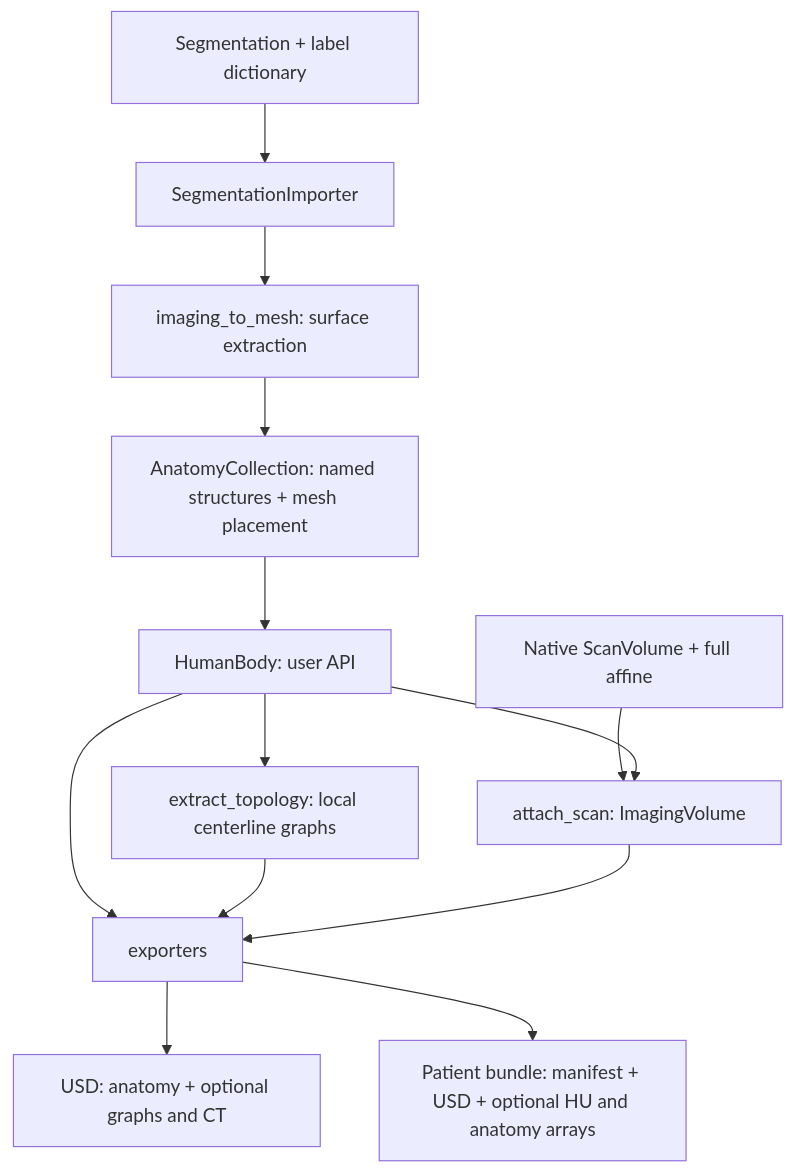
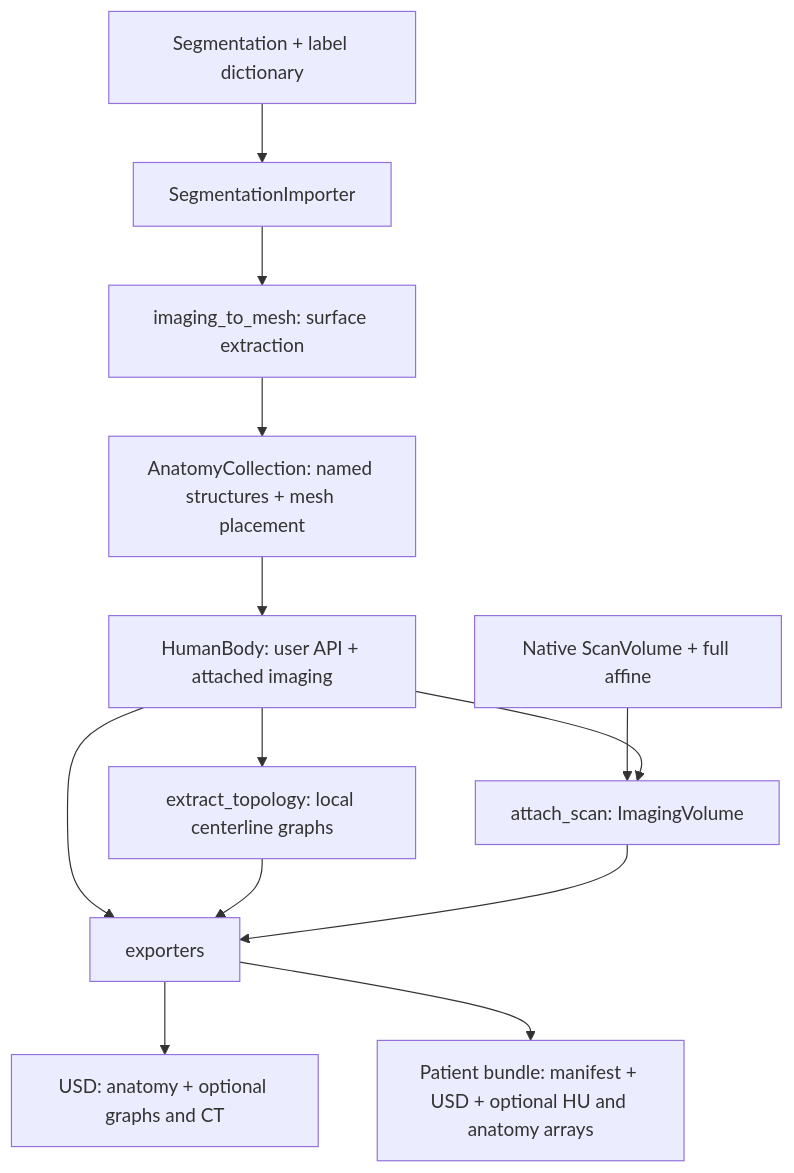
One commit to isaac-for-healthcare/i4h-digital-twin changed the diagram in patient-digital-twin/patient_digital_twin/README.md. Above: the diagram before and after it, drawn with Mermaid. The commit also changed other lines of this file and 30 other files, not shown here.

````diff
--- a/patient-digital-twin/patient_digital_twin/README.md
+++ b/patient-digital-twin/patient_digital_twin/README.md
@@ -9,15 +9,15 @@
 ```mermaid
 flowchart TD
     S["Segmentation + label dictionary"] --> I["SegmentationImporter"]
     I --> M["imaging_to_mesh: surface extraction"]
     M --> A["AnatomyCollection: named structures + mesh placement"]
-    A --> B["HumanBody: user API"]
+    A --> B["HumanBody: user API + attached imaging"]
     B --> T["extract_topology: local centerline graphs"]
     CT["Native ScanVolume + full affine"] --> V["attach_scan: ImagingVolume"]
     B --> V
     B --> E["exporters"]
     T --> E
     V --> E
     E --> U["USD: anatomy + optional graphs and CT"]
     E --> P["Patient bundle: manifest + USD + optional HU and anatomy arrays"]
 ```
````
